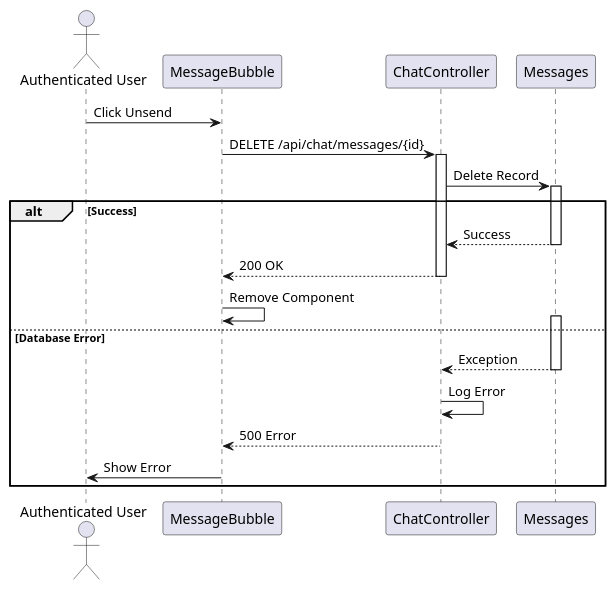
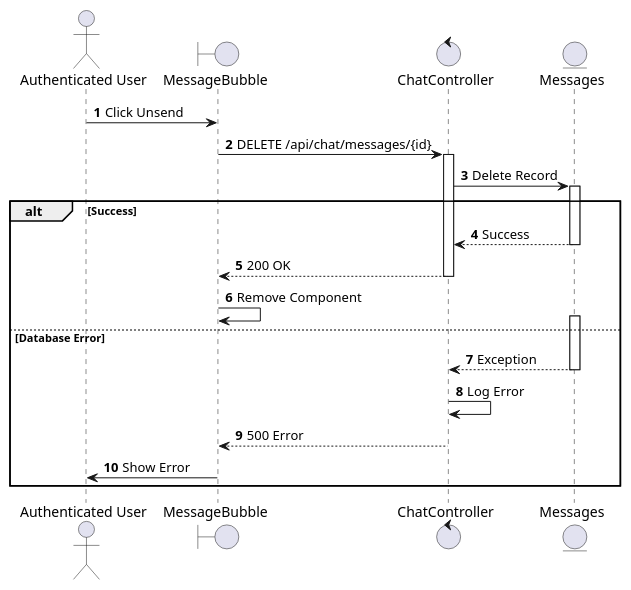
One commit to I-Love-U-3000/Favi-BE changed the tenth of 16 diagrams in UC_2.1.7_Chat.md. Above: the diagram before and after it, drawn with PlantUML. The commit also changed other lines of this file and 36 other files, not shown here.

````diff
--- a/UC_2.1.7_Chat.md
+++ b/UC_2.1.7_Chat.md
@@ -414,29 +430,30 @@
 ```plantuml
 @startuml
+autonumber
 actor "Authenticated User" as User
-participant "MessageBubble" as View
-participant "ChatController" as Controller
-participant "Messages" as DB
+boundary "MessageBubble" as View
+control "ChatController" as Controller
+entity "Messages" as DB
 
 User -> View: Click Unsend
 View -> Controller: DELETE /api/chat/messages/{id}
 activate Controller
 Controller -> DB: Delete Record
 activate DB
 alt Success
     DB --> Controller: Success
     deactivate DB
     Controller --> View: 200 OK
     deactivate Controller
     View -> View: Remove Component
 else Database Error
     activate DB
     DB --> Controller: Exception
     deactivate DB
     Controller -> Controller: Log Error
     Controller --> View: 500 Error
     deactivate Controller
     View -> User: Show Error
 end
 @enduml
 ```
````
